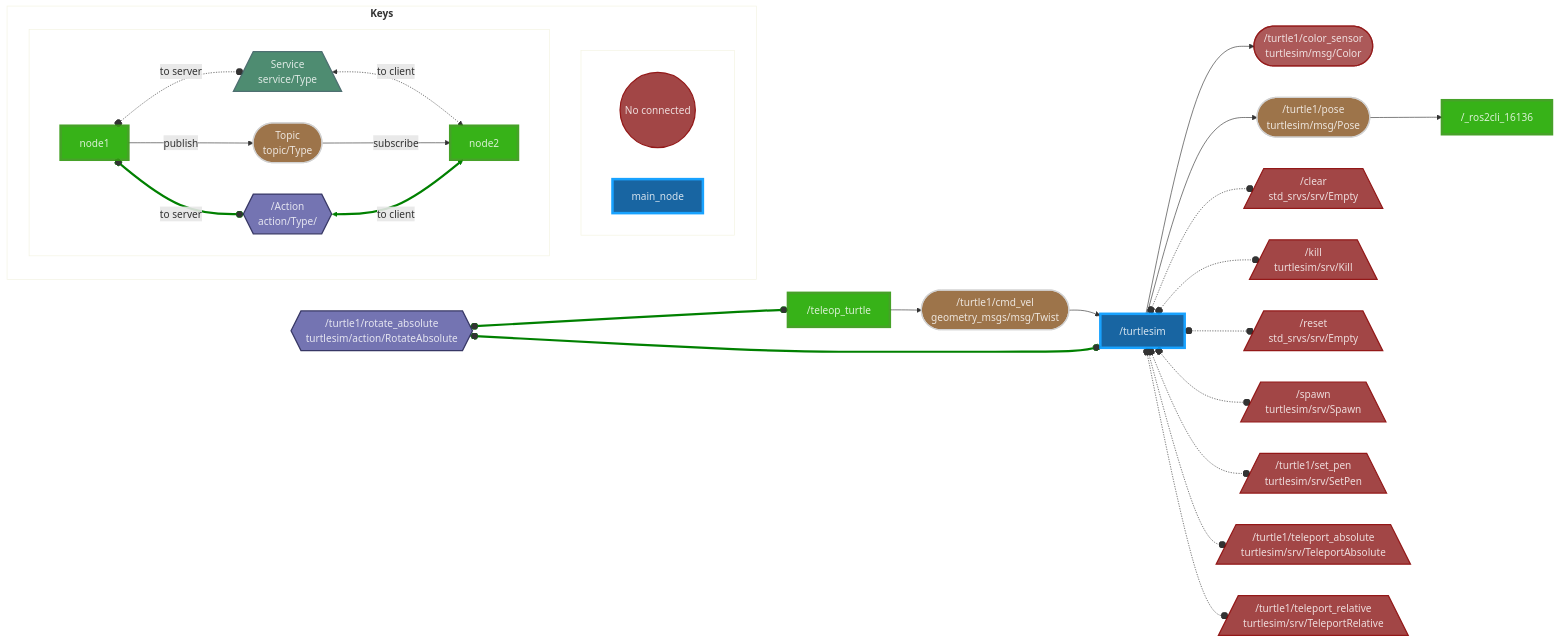
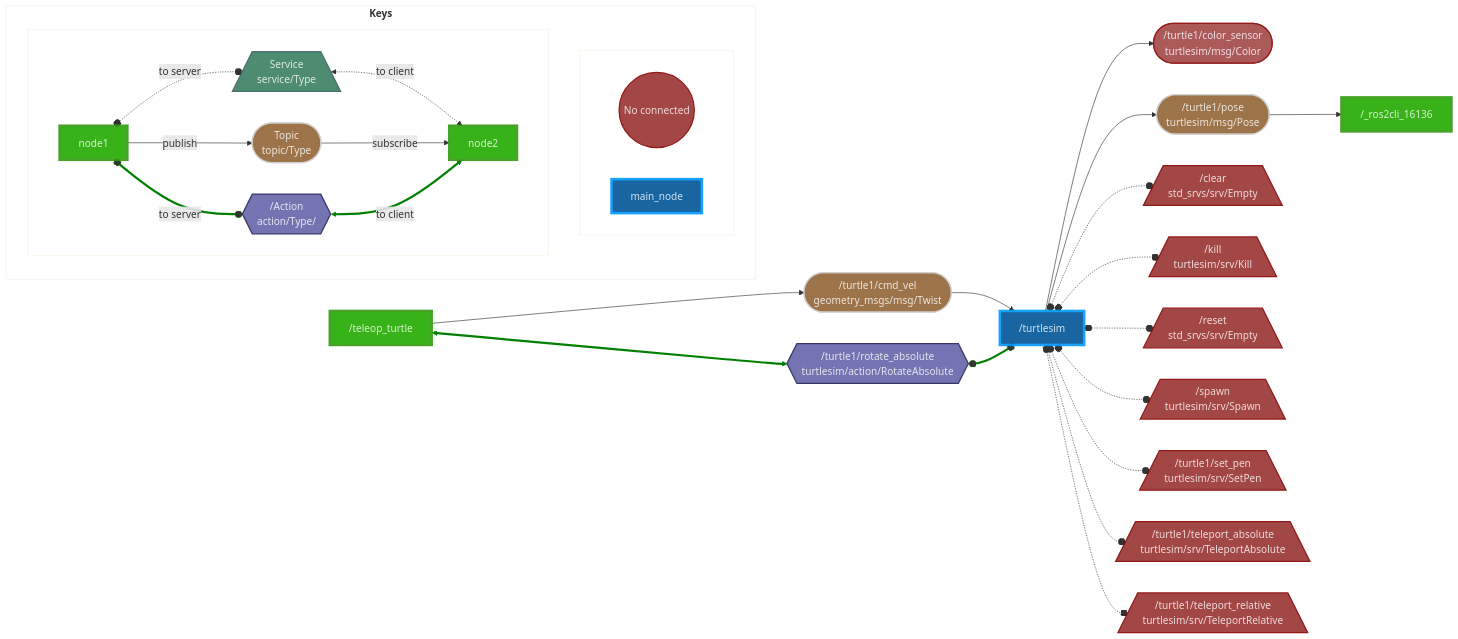
Before and after one commit to kiwicampus/ros2_graph: the diagram in README.md, drawn with Mermaid. The commit also changed 3 other files, not shown here.

````diff
--- a/README.md
+++ b/README.md
@@ -42,46 +42,46 @@
 ```mermaid
 flowchart LR
 
 /turtle1/cmd_vel([/turtle1/cmd_vel<br>geometry_msgs/msg/Twist]):::topic --> /turtlesim
 /teleop_turtle:::node --> /turtle1/cmd_vel
 /turtlesim --> /turtle1/color_sensor([/turtle1/color_sensor<br>turtlesim/msg/Color]):::bugged
 /turtlesim --> /turtle1/pose([/turtle1/pose<br>turtlesim/msg/Pose]):::topic
 /turtle1/pose --> /_ros2cli_16136:::node
 /turtlesim o-.-o /clear[//clear<br>std_srvs/srv/Empty\]:::bugged
 /turtlesim o-.-o /kill[//kill<br>turtlesim/srv/Kill\]:::bugged
 /turtlesim o-.-o /reset[//reset<br>std_srvs/srv/Empty\]:::bugged
 /turtlesim o-.-o /spawn[//spawn<br>turtlesim/srv/Spawn\]:::bugged
 /turtlesim o-.-o /turtle1/set_pen[//turtle1/set_pen<br>turtlesim/srv/SetPen\]:::bugged
 /turtlesim o-.-o /turtle1/teleport_absolute[//turtle1/teleport_absolute<br>turtlesim/srv/TeleportAbsolute\]:::bugged
 /turtlesim o-.-o /turtle1/teleport_relative[//turtle1/teleport_relative<br>turtlesim/srv/TeleportRelative\]:::bugged
 /turtle1/rotate_absolute{{/turtle1/rotate_absolute<br>turtlesim/action/RotateAbsolute}}:::action o==o /turtlesim
-/turtle1/rotate_absolute o==o /teleop_turtle:::node
+/teleop_turtle:::node <==> /turtle1/rotate_absolute
 /turtlesim:::main_node
 
 subgraph keys[<b>Keys<b/>]
 subgraph nodes[<b><b/>]
 topicb((No connected)):::bugged
 main_node:::main_node
 end
 subgraph connection[<b><b/>]
 node1:::node
 node2:::node
 node1 o-. to server .-o service[/Service<br>service/Type\]:::service
 service <-. to client .-> node2
 node1 -- publish --> topic([Topic<br>topic/Type]):::topic
 topic -- subscribe --> node2
 node1 o== to server ==o action{{/Action<br>action/Type/}}:::action
 action <== to client ==> node2
 end
 end
 classDef node opacity:0.9,fill:#2A0,stroke:#391,stroke-width:4px,color:#fff
 classDef action opacity:0.9,fill:#66A,stroke:#225,stroke-width:2px,color:#fff
 classDef service opacity:0.9,fill:#3B8062,stroke:#3B6062,stroke-width:2px,color:#fff
 classDef topic opacity:0.9,fill:#852,stroke:#CCC,stroke-width:2px,color:#fff
 classDef main_node opacity:0.9,fill:#059,stroke:#09F,stroke-width:4px,color:#fff
 classDef bugged opacity:0.9,fill:#933,stroke:#800,stroke-width:2px,color:#fff
 style keys opacity:0.15,fill:#FFF
 style nodes opacity:0.15,fill:#FFF
 style connection opacity:0.15,fill:#FFF
 linkStyle 12,13,18,19 fill:none,stroke:green;
 ```
````
